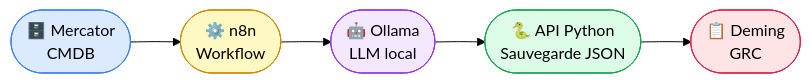
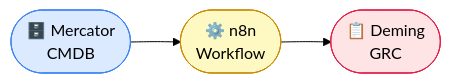
The first of 4 diagrams in README.md (oliboub/n8n-flow-mercator-to-deming-for-cve), drawn with Mermaid (forest theme) before and after one commit. The commit also changed other lines of this file and 2 other files, not shown here.

Commit message:
changement de stratégie sans llm et conneciton directe deming

````diff
--- a/README.md
+++ b/README.md
@@ -13,13 +17,9 @@
 ```mermaid
 flowchart LR
     M([🗄️ Mercator\nCMDB]) --> N([⚙️ n8n\nWorkflow])
-    N --> O([🤖 Ollama\nLLM local])
-    O --> A([🐍 API Python\nSauvegarde JSON])
-    A --> D([📋 Deming\nGRC])
+    N --> D([📋 Deming\nGRC])
 
     style M fill:#dbeafe,stroke:#3b82f6
     style N fill:#fef9c3,stroke:#ca8a04
-    style O fill:#f3e8ff,stroke:#9333ea
-    style A fill:#dcfce7,stroke:#16a34a
     style D fill:#ffe4e6,stroke:#e11d48
 ```
````
